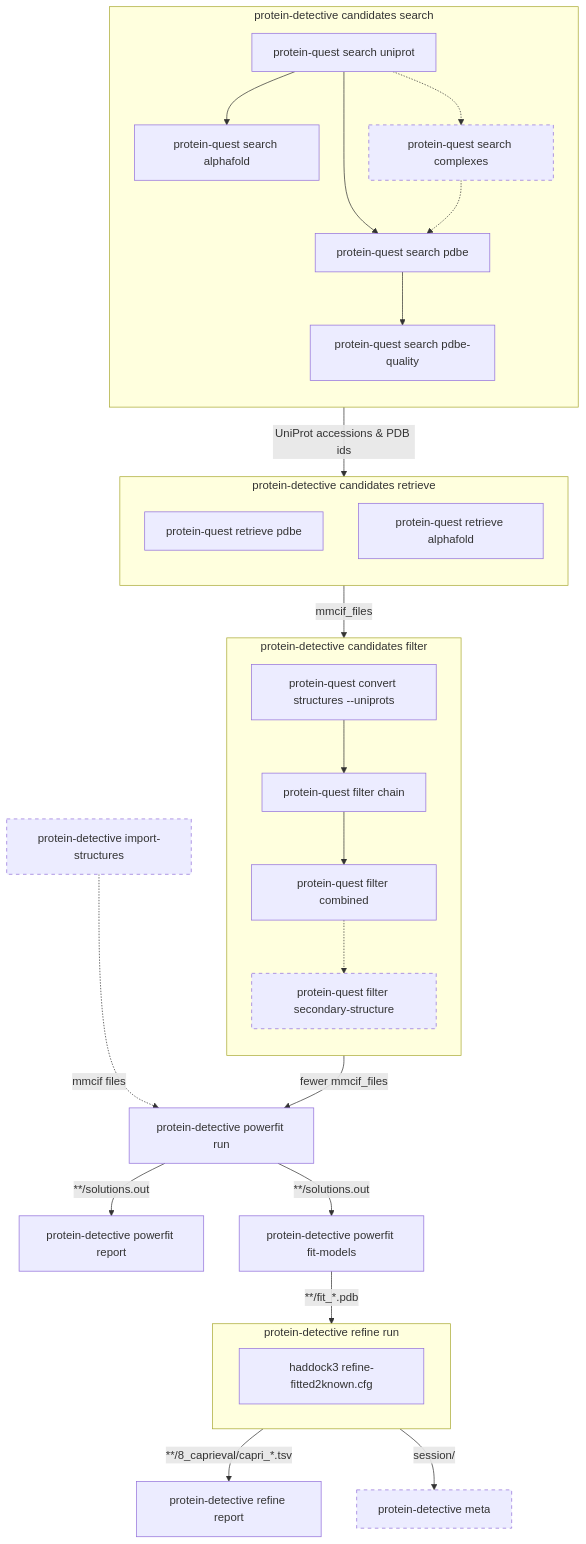
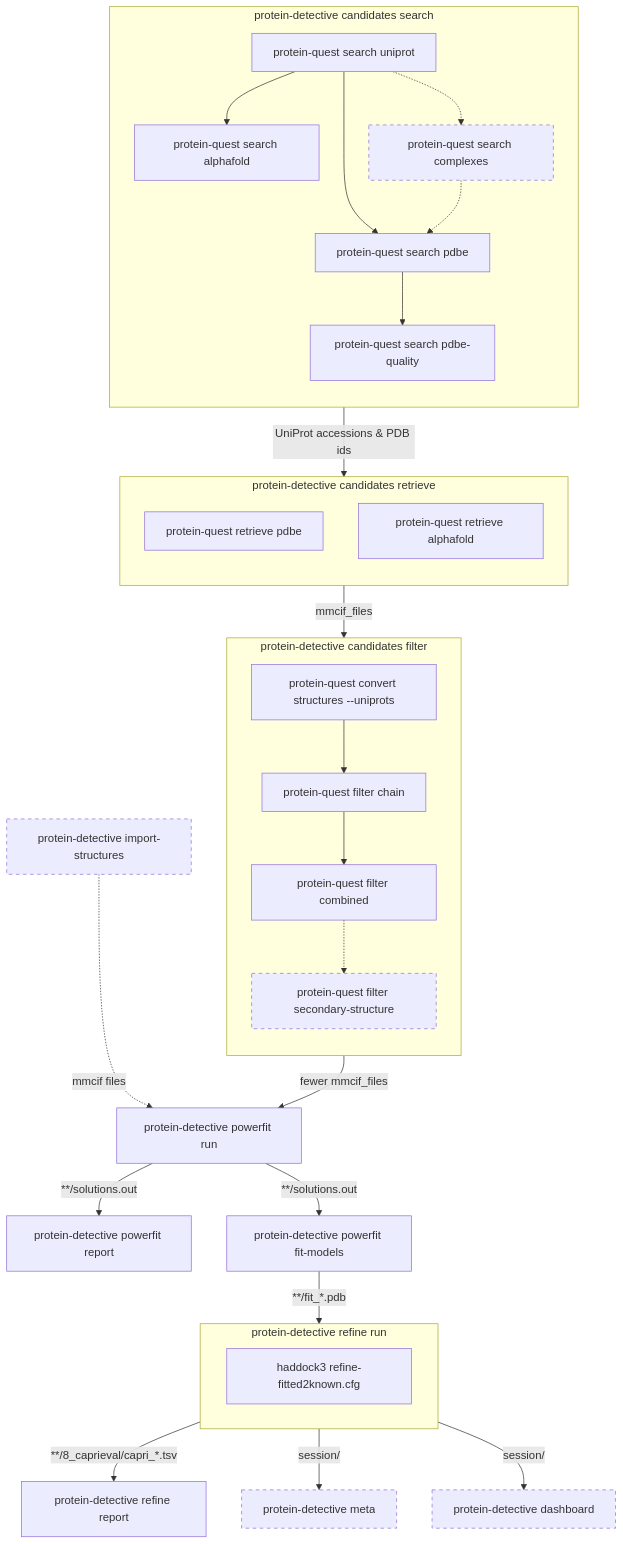
One commit to haddocking/protein-detective changed the diagram in README.md. Above: the diagram before and after it, drawn with Mermaid. The commit also changed other lines of this file, not shown here.

Commit message:
Mention dashboard in README

````diff
--- a/README.md
+++ b/README.md
@@ -43,57 +50,59 @@
 ```mermaid
 flowchart TB
     subgraph search [protein-detective candidates search]
         direction TB
         S2[protein-quest search uniprot]
         S3[protein-quest search alphafold]
         S4[protein-quest search pdbe]
         S5[protein-quest search pdbe-quality]
         S6[protein-quest search complexes]
         S2 --> S3 & S4
         S4 --> S5
         S2 -.-> S6
         S6 -.-> S4
     end
     search -- "UniProt accessions & PDB ids" --> retrieve
 
     subgraph retrieve [protein-detective candidates retrieve]
         direction TB
         R2[protein-quest retrieve pdbe]
         R3[protein-quest retrieve alphafold]
     end
     retrieve -- "mmcif_files" --> filter
 
     subgraph filter [protein-detective candidates filter]
         direction TB
         F2[protein-quest convert structures --uniprots]
         F3[protein-quest filter chain]
         F4[protein-quest filter combined]
         F5[protein-quest filter secondary-structure]
         F2 --> F3 --> F4 -.-> F5
     end
     filter -- "fewer mmcif_files" --> P1[protein-detective powerfit run]
 
     I1[protein-detective import-structures]
     I1 -. "mmcif files" .-> P1
 
     E1[protein-detective powerfit report]
     M1[protein-detective powerfit fit-models]
     P1 -- "**/solutions.out" --> E1 & M1
 
     subgraph refine [protein-detective refine run]
         R1[haddock3 refine-fitted2known.cfg]
     end
     M1 -- "**/fit_*.pdb" --> refine
 
     E2[protein-detective refine report]
     refine -- "**/8_caprieval/capri_*.tsv" --> E2
 
     META[protein-detective meta]
-    refine -- session/ --> META
+    DASHBOARD[protein-detective dashboard]
+    refine -- session/ --> META & DASHBOARD
 
     classDef dashedBorder stroke-dasharray: 5 5;
     S6:::dashedBorder
     F5:::dashedBorder
     I1:::dashedBorder
     META:::dashedBorder
+    DASHBOARD:::dashedBorder
 ```
````
